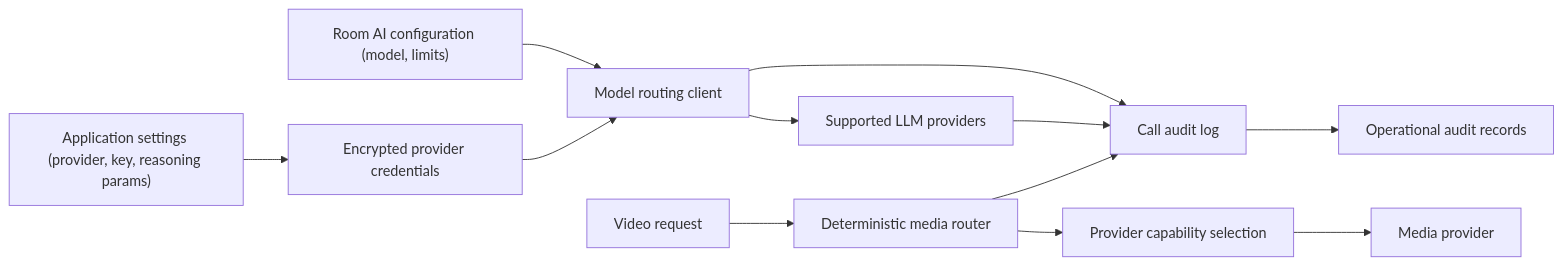
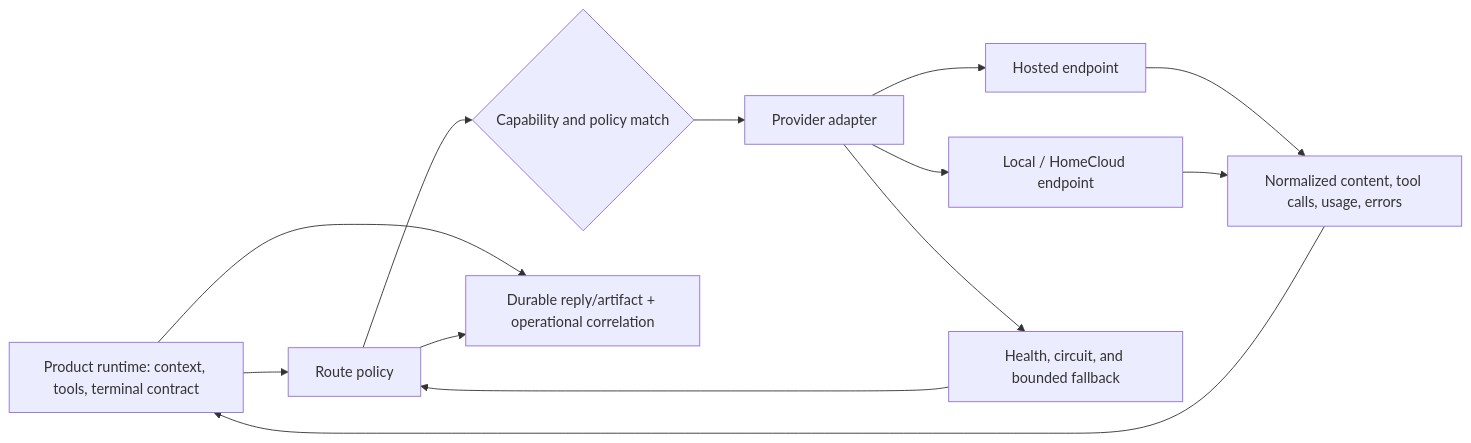
Before and after one commit to wahargis/portfolio: the diagram in flip-technical-overview/diagrams/model-routing-audit.mmd, drawn with Mermaid. The commit also changed 55 other files, not shown here.

Commit message:
complete portfolio architecture audit

```diff
--- a/flip-technical-overview/diagrams/model-routing-audit.mmd
+++ b/flip-technical-overview/diagrams/model-routing-audit.mmd
@@ -1,12 +1,13 @@
 flowchart LR
-    APP["Application settings (provider, key, reasoning params)"] --> KEYS["Encrypted provider credentials"]
-    ROOM["Room AI configuration (model, limits)"] --> LLM["Model routing client"]
-    KEYS --> LLM
-    LLM --> P["Supported LLM providers"]
-    VIDEO["Video request"] --> VROUTER["Deterministic media router"]
-    VROUTER --> VCAPS["Provider capability selection"]
-    VCAPS --> VPROV["Media provider"]
-    LLM --> AUDIT["Call audit log"]
-    P --> AUDIT
-    VROUTER --> AUDIT
-    AUDIT --> OPS["Operational audit records"]
+    RUNTIME["Product runtime: context, tools, terminal contract"] --> POLICY["Route policy"]
+    POLICY --> MATCH{"Capability and policy match"}
+    MATCH --> ADAPTER["Provider adapter"]
+    ADAPTER --> HOSTED["Hosted endpoint"]
+    ADAPTER --> LOCAL["Local / HomeCloud endpoint"]
+    HOSTED --> NORMAL["Normalized content, tool calls, usage, errors"]
+    LOCAL --> NORMAL
+    NORMAL --> RUNTIME
+    ADAPTER --> CIRCUIT["Health, circuit, and bounded fallback"]
+    CIRCUIT --> POLICY
+    RUNTIME --> AUDIT["Durable reply/artifact + operational correlation"]
+    POLICY --> AUDIT
```
